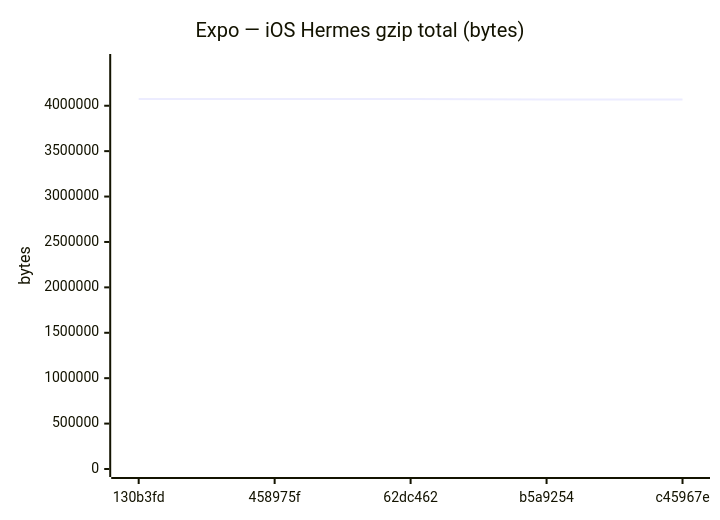
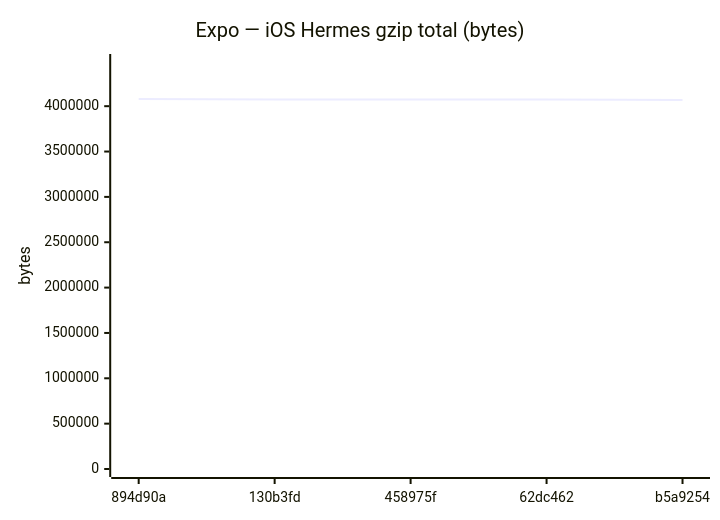
One commit to Metaheurist/Rianell changed diagram 12 of 18 in benchmarks/compare.md. Above: the diagram before and after it, drawn with Mermaid. The commit also changed other lines of this file and 11 other files, not shown here.

````diff
--- a/benchmarks/compare.md
+++ b/benchmarks/compare.md
@@ -179,7 +179,7 @@
 ```mermaid
 xychart-beta
     title "Expo — iOS Hermes gzip total (bytes)"
-    x-axis ["130b3fd", "458975f", "62dc462", "b5a9254", "c45967e"]
-    y-axis "bytes" 0 --> 4481590
-    line [4074172, 4073443, 4073443, 4069109, 4069113]
+    x-axis ["894d90a", "130b3fd", "458975f", "62dc462", "b5a9254"]
+    y-axis "bytes" 0 --> 4487168
+    line [4079243, 4074172, 4073443, 4073443, 4069109]
 ```
````
